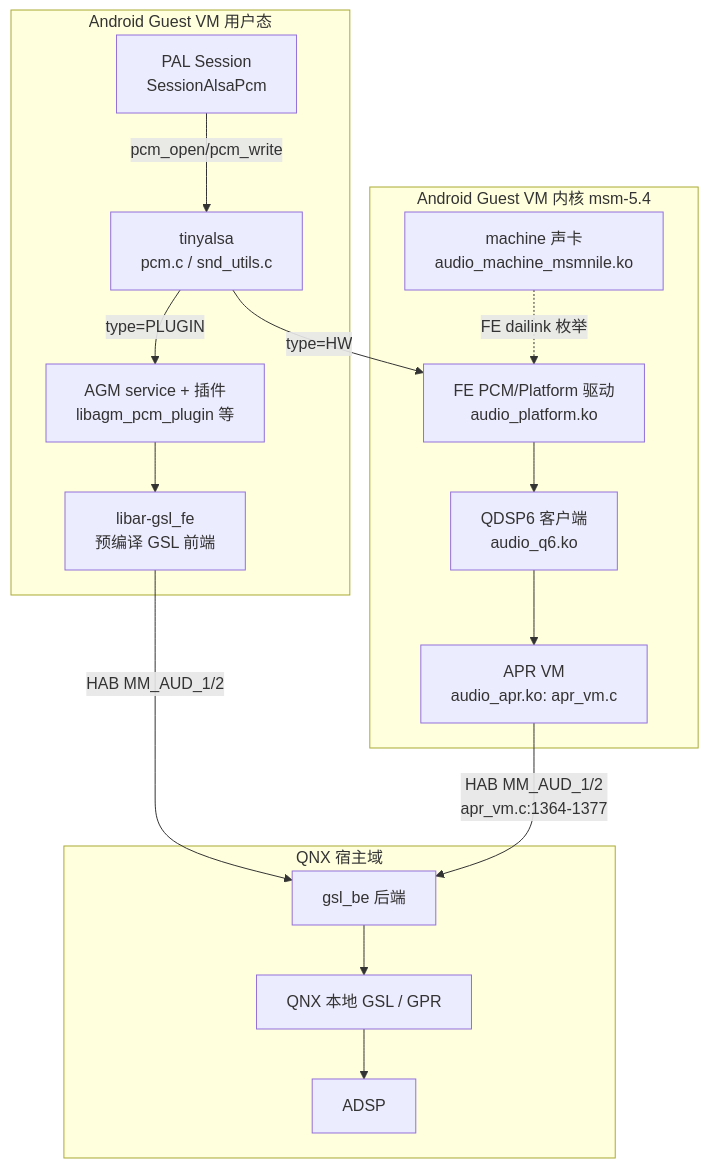
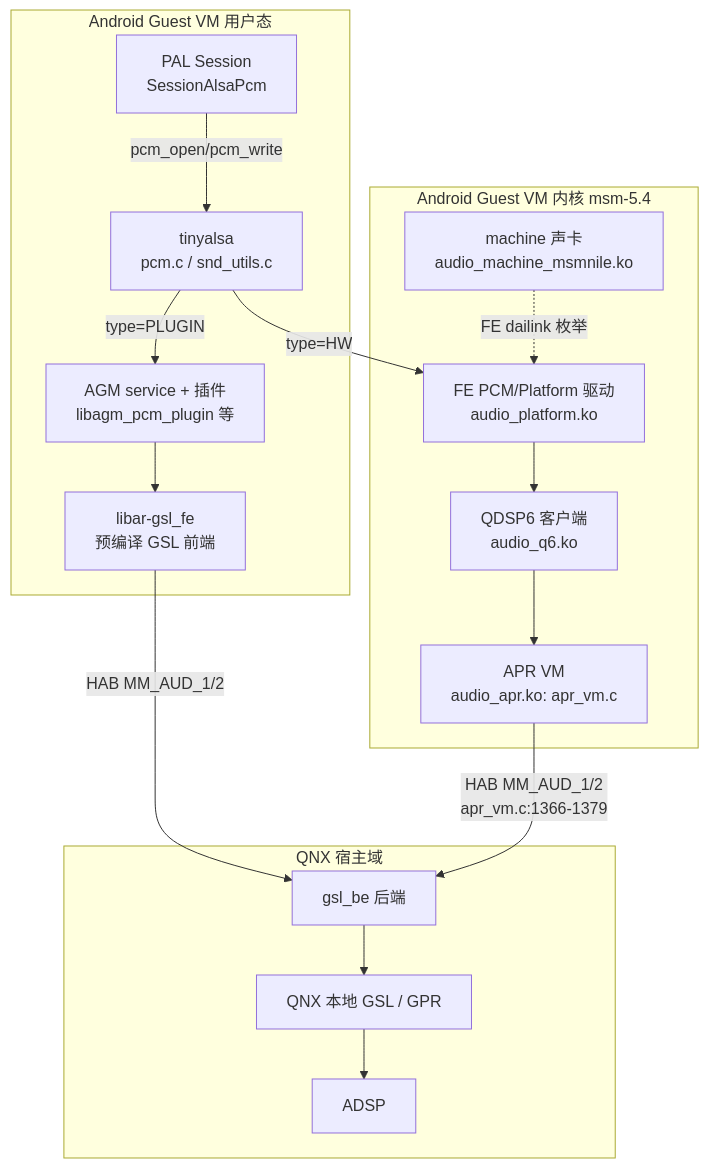
Before and after one commit to yanglinzhen1022/SA8295_AAOS_QNX_Audio_KnowledgeBase: the diagram in 19_Kernel_Audio/19_19.1_内核音频通路总览.md, drawn with Mermaid. The commit also changed other lines of this file and 17 other files, not shown here.

````diff
--- a/19_Kernel_Audio/19_19.1_内核音频通路总览.md
+++ b/19_Kernel_Audio/19_19.1_内核音频通路总览.md
@@ -17,30 +17,30 @@
 ```mermaid
 flowchart TB
     subgraph AndroidVM[Android Guest VM 用户态]
         PAL[PAL Session<br/>SessionAlsaPcm]
         TA[tinyalsa<br/>pcm.c / snd_utils.c]
         AGM[AGM service + 插件<br/>libagm_pcm_plugin 等]
         GSLFE[libar-gsl_fe<br/>预编译 GSL 前端]
     end
     subgraph KER[Android Guest VM 内核 msm-5.4]
         FE[FE PCM/Platform 驱动<br/>audio_platform.ko]
         Q6[QDSP6 客户端<br/>audio_q6.ko]
         APRVM[APR VM<br/>audio_apr.ko: apr_vm.c]
         CARD[machine 声卡<br/>audio_machine_msmnile.ko]
     end
     subgraph QNX[QNX 宿主域]
         GSLBE[gsl_be 后端]
         QGSL[QNX 本地 GSL / GPR]
         DSP[ADSP]
     end
     PAL -->|pcm_open/pcm_write| TA
     TA -->|type=HW| FE
     TA -->|type=PLUGIN| AGM
     AGM --> GSLFE
     GSLFE -->|HAB MM_AUD_1/2| GSLBE
-    APRVM -->|HAB MM_AUD_1/2<br/>apr_vm.c:1364-1377| GSLBE
+    APRVM -->|HAB MM_AUD_1/2<br/>apr_vm.c:1366-1379| GSLBE
     Q6 --> APRVM
     FE --> Q6
     CARD -.->|FE dailink 枚举| FE
     GSLBE --> QGSL --> DSP
 ```
````
